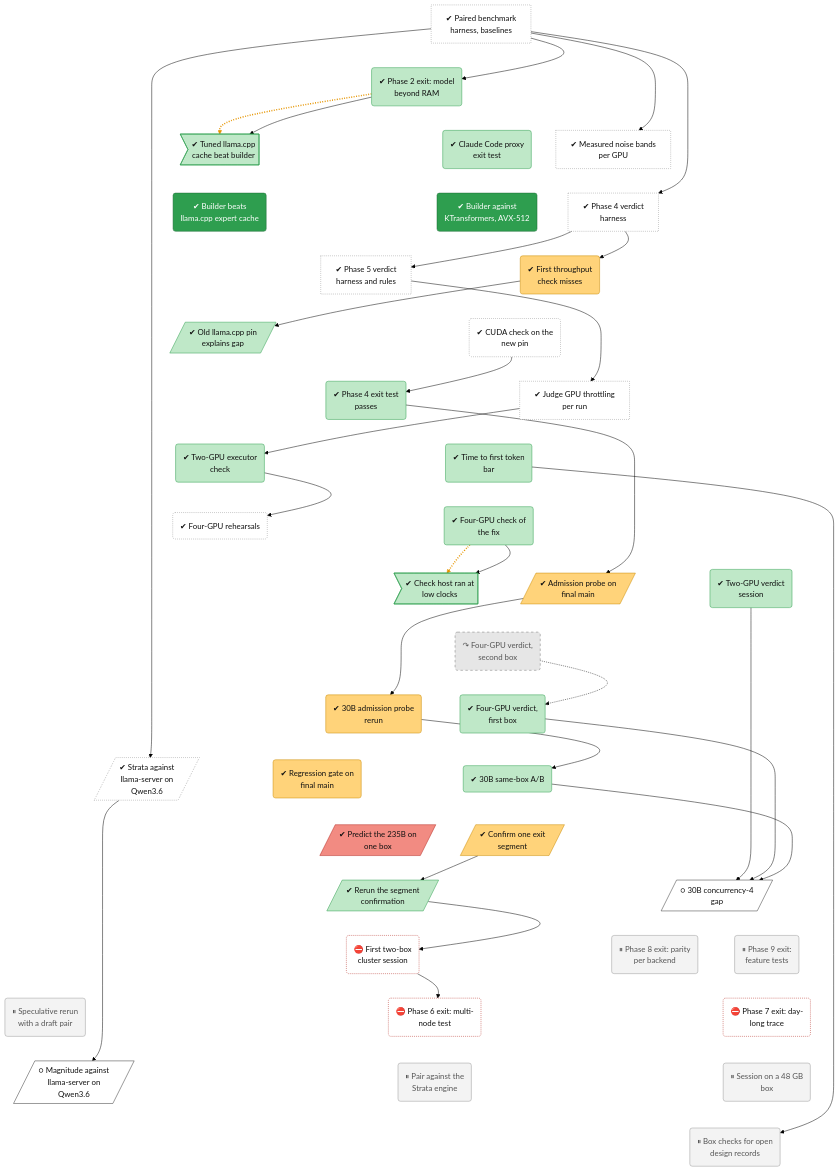
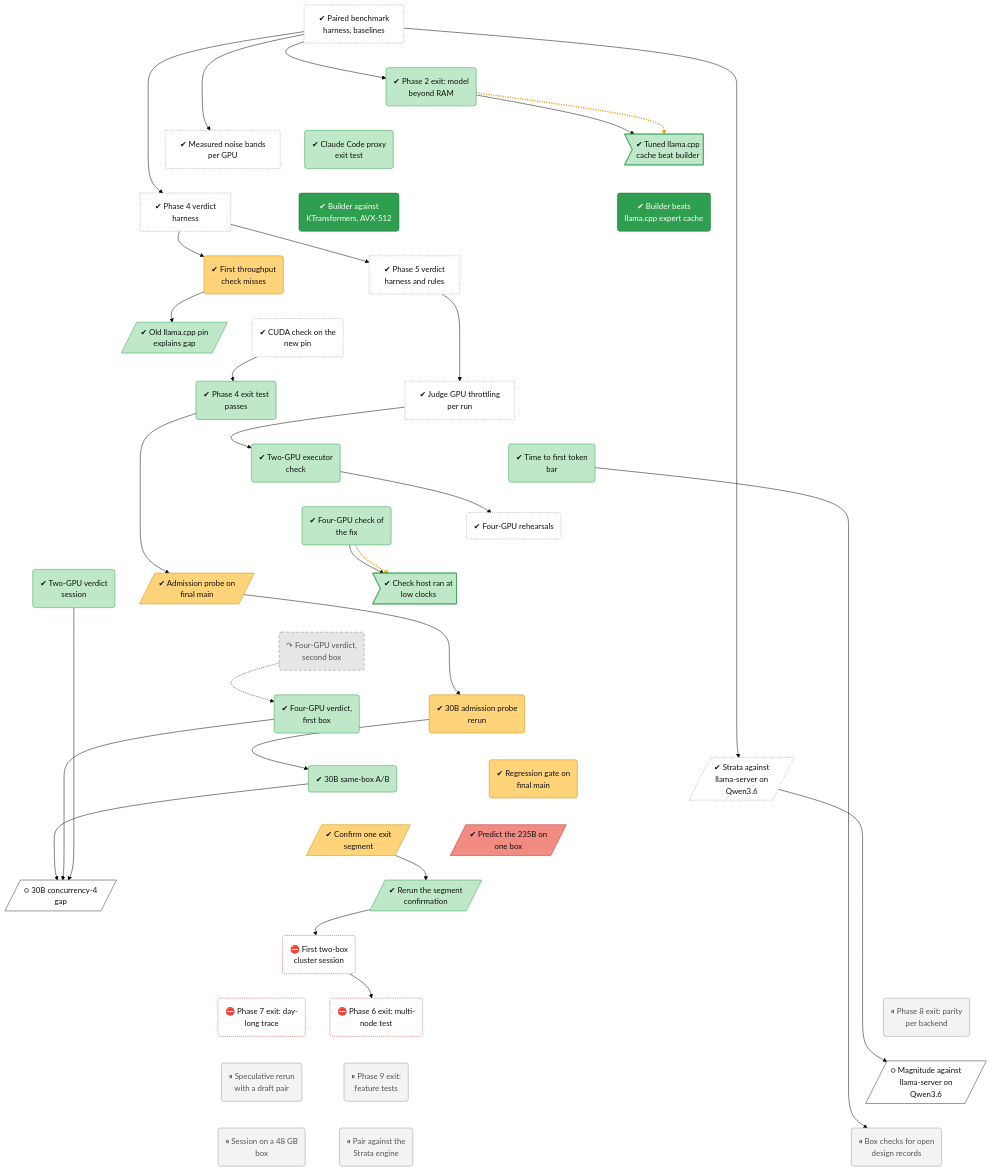
The diagram in docs/roadmap/tracks/bench.md (lhns/tetraeder), drawn with Mermaid (forest theme) before and after one commit. The commit also changed 6 other files, not shown here.

```diff
--- a/docs/roadmap/tracks/bench.md
+++ b/docs/roadmap/tracks/bench.md
@@ -41,11 +41,11 @@
     bench_235b_segment_confirm_2[/"✔ Rerun the segment<br/>confirmation"/]
     bench_30b_c4_gap[/"○ 30B concurrency-4<br/>gap"/]
     bench_phase6_rehearsal("⛔ First two-box<br/>cluster session")
+    bench_phase6_exit("⛔ Phase 6 exit: multi-<br/>node test")
+    bench_phase7_exit("⛔ Phase 7 exit: day-<br/>long trace")
     bench_phase8_exit("⏸ Phase 8 exit: parity<br/>per backend")
     bench_phase9_exit("⏸ Phase 9 exit:<br/>feature tests")
     bench_spec_rerun("⏸ Speculative rerun<br/>with a draft pair")
-    bench_phase6_exit("⛔ Phase 6 exit: multi-<br/>node test")
-    bench_phase7_exit("⛔ Phase 7 exit: day-<br/>long trace")
     bench_magnitude_q36[/"○ Magnitude against<br/>llama-server on<br/>Qwen3.6"/]
     bench_strata_pairing("⏸ Pair against the<br/>Strata engine")
     bench_d1_session("⏸ Session on a 48 GB<br/>box")
@@ -85,17 +85,16 @@
     bench_235b_stream_predict ~~~ bench_235b_segment_confirm_2
     bench_235b_segment_confirm ~~~ bench_30b_c4_gap
     bench_235b_segment_confirm_2 ~~~ bench_phase6_rehearsal
-    bench_30b_c4_gap ~~~ bench_phase8_exit
-    bench_30b_c4_gap ~~~ bench_phase9_exit
-    bench_phase6_rehearsal ~~~ bench_spec_rerun
-    bench_phase8_exit ~~~ bench_phase6_exit
-    bench_phase9_exit ~~~ bench_phase7_exit
-    bench_spec_rerun ~~~ bench_magnitude_q36
-    bench_phase6_exit ~~~ bench_strata_pairing
-    bench_phase7_exit ~~~ bench_d1_session
+    bench_30b_c4_gap ~~~ bench_phase6_rehearsal
+    bench_phase6_rehearsal ~~~ bench_phase6_exit
+    bench_phase6_rehearsal ~~~ bench_phase7_exit
+    bench_phase6_rehearsal ~~~ bench_phase8_exit
+    bench_phase6_exit ~~~ bench_phase9_exit
+    bench_phase7_exit ~~~ bench_spec_rerun
+    bench_phase8_exit ~~~ bench_magnitude_q36
+    bench_phase9_exit ~~~ bench_strata_pairing
+    bench_spec_rerun ~~~ bench_d1_session
     bench_magnitude_q36 ~~~ bench_open_records
-    bench_strata_pairing ~~~ bench_open_records
-    bench_d1_session ~~~ bench_open_records
     bench_harness --> bench_phase2_exit
     bench_phase2_exit -.-> bench_defect_tuned_cache
     bench_phase2_exit --> bench_defect_tuned_cache
@@ -123,7 +122,7 @@
     bench_phase6_rehearsal --> bench_phase6_exit
     bench_strata_q36 --> bench_magnitude_q36
     bench_ttft --> bench_open_records
-    linkStyle 47,58 stroke:#e69500,stroke-width:3px,stroke-dasharray:2 3
+    linkStyle 46,57 stroke:#e69500,stroke-width:3px,stroke-dasharray:2 3
     classDef vsucc fill:#2e9e4f,stroke:#1b6b34,color:#fff
     classDef succ fill:#bfe8c8,stroke:#2e9e4f,color:#111
     classDef mixed fill:#ffd37a,stroke:#c98a00,color:#111
```
